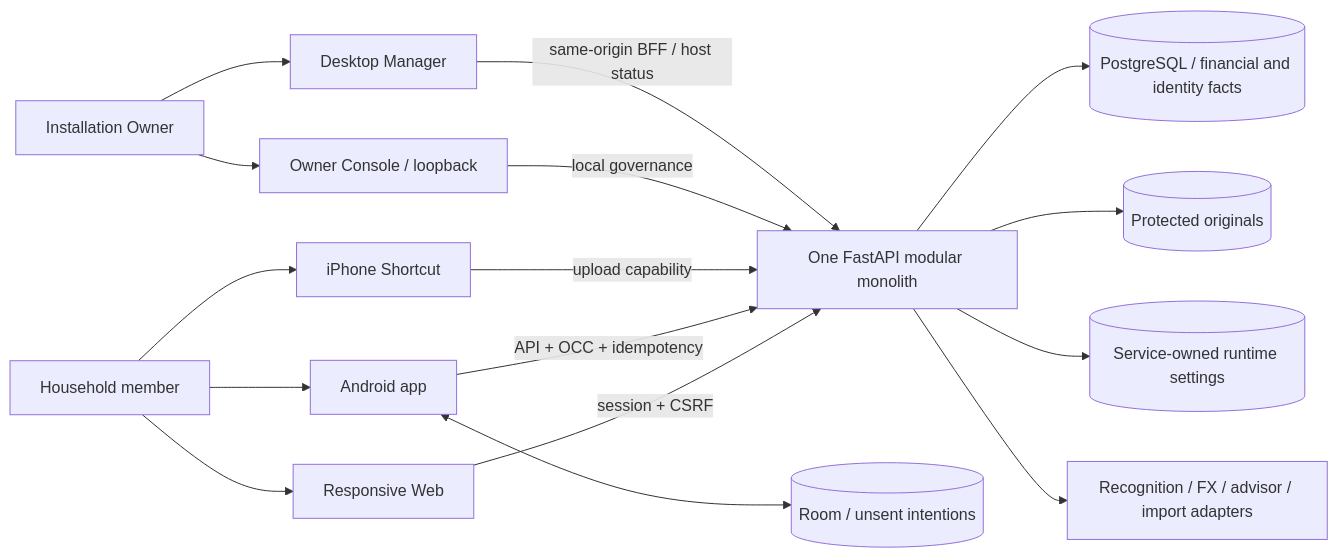
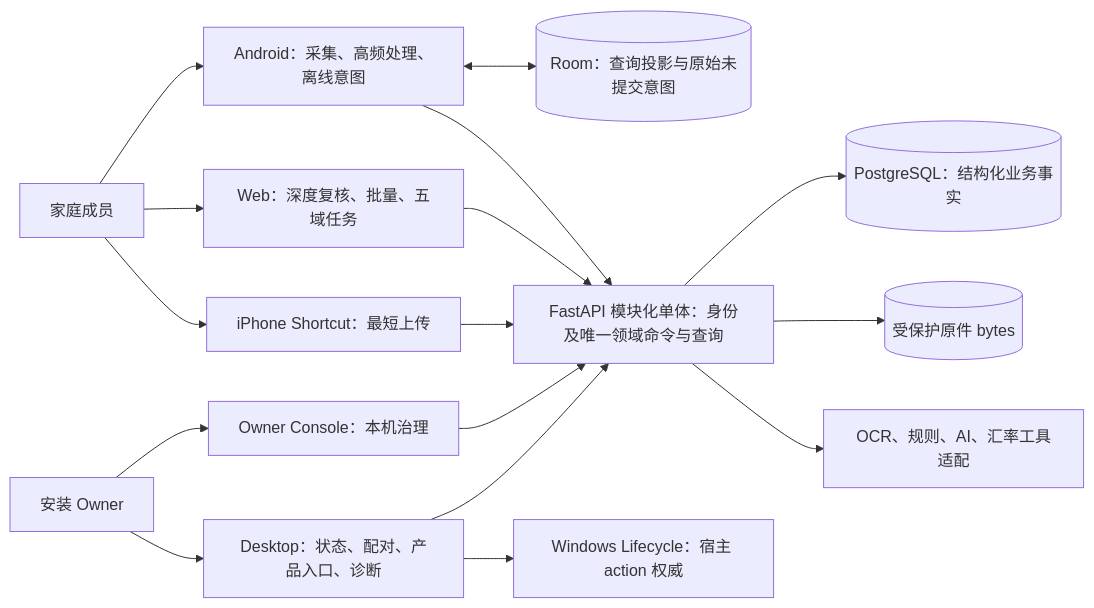
Before and after one commit to xxu29958-jpg/xpj: the diagram in docs/current/TICKETBOX_CURRENT_PRODUCT_ATLAS.md, drawn with Mermaid. The commit also changed other lines of this file and 4 other files, not shown here.

````diff
--- a/docs/current/TICKETBOX_CURRENT_PRODUCT_ATLAS.md
+++ b/docs/current/TICKETBOX_CURRENT_PRODUCT_ATLAS.md
@@ -27,18 +29,18 @@
 ```mermaid
 flowchart LR
-    Person[Household member] --> Web[Responsive Web]
-    Person --> Android[Android app]
-    Person --> Shortcut[iPhone Shortcut]
-    Operator[Installation Owner] --> Console[Owner Console / loopback]
-    Operator --> Desktop[Desktop Manager]
-    Web -->|session + CSRF| Backend[One FastAPI modular monolith]
-    Android -->|API + OCC + idempotency| Backend
-    Android <--> Outbox[(Room / unsent intentions)]
-    Shortcut -->|upload capability| Backend
-    Console -->|local governance| Backend
-    Desktop -->|same-origin BFF / host status| Backend
-    Backend --> Facts[(PostgreSQL / financial and identity facts)]
-    Backend --> Originals[(Protected originals)]
-    Backend --> Runtime[(Service-owned runtime settings)]
-    Backend --> Tools[Recognition / FX / advisor / import adapters]
+    U[家庭成员] --> A[Android：采集、高频处理、离线意图]
+    U --> W[Web：深度复核、批量、五域任务]
+    U --> I[iPhone Shortcut：最短上传]
+    O[安装 Owner] --> C[Owner Console：本机治理]
+    O --> D[Desktop：状态、配对、产品入口、诊断]
+    A <--> Q[(Room：查询投影与原始未提交意图)]
+    A --> B[FastAPI 模块化单体：身份及唯一领域命令与查询]
+    W --> B
+    I --> B
+    C --> B
+    D --> B
+    B --> P[(PostgreSQL：结构化业务事实)]
+    B --> F[(受保护原件 bytes)]
+    B --> T[OCR、规则、AI、汇率工具适配]
+    D --> H[Windows Lifecycle：宿主 action 权威]
 ```
````
